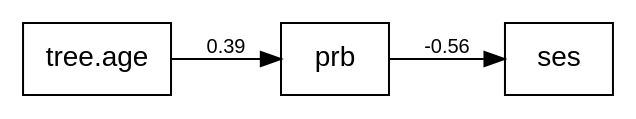
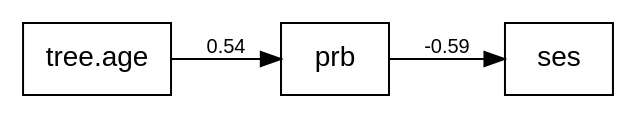
One commit to MKLau/dissertation changed the diagram in projects/lichen_coo/results/sem_coo.dot. Above: the diagram before and after it, drawn with Graphviz. The commit also changed 29 other files, not shown here.

```diff
--- a/projects/lichen_coo/results/sem_coo.dot
+++ b/projects/lichen_coo/results/sem_coo.dot
@@ -1,9 +1,9 @@
 digraph "sem.fit" {
   rankdir=LR;
   size="12,12";
   node [fontname="Helvetica" fontsize=14 shape=box];
   edge [fontname="Arial" fontsize=10];
   center=1;
-  "tree.age" -> "prb" [label="0.39"];
-  "prb" -> "ses" [label="-0.56"];
+  "tree.age" -> "prb" [label="0.54"];
+  "prb" -> "ses" [label="-0.59"];
 }
```
